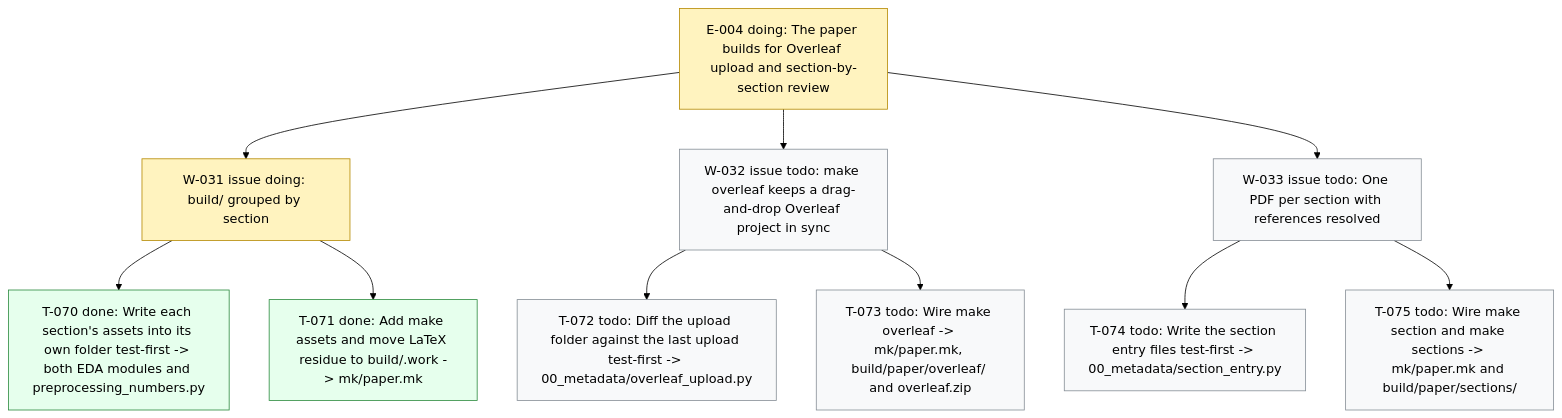
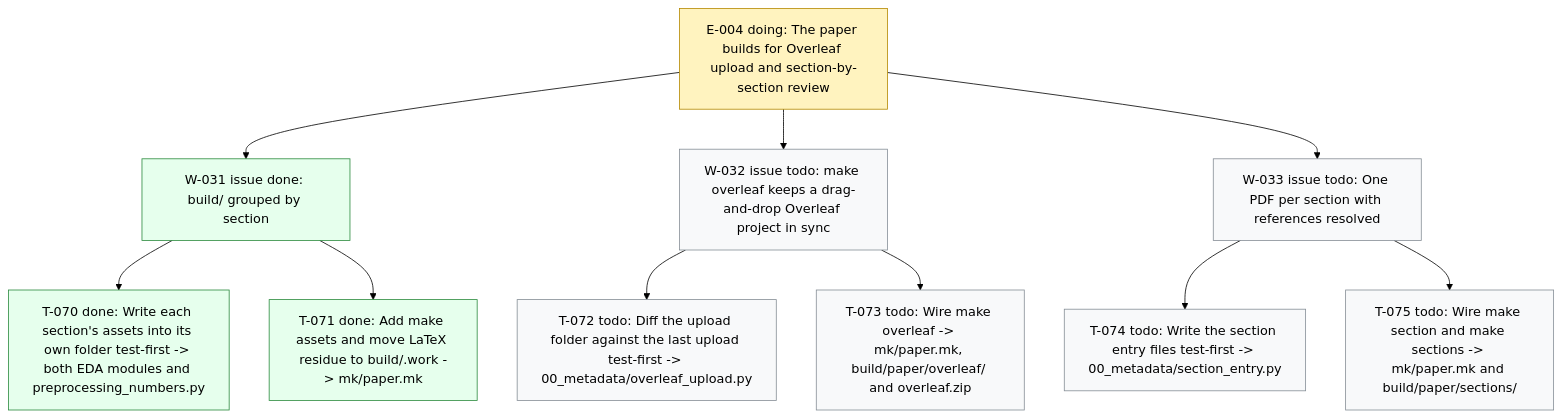
Before and after one commit to dpopchev/surrogate-models: the diagram in .board/BOARD.md, drawn with Mermaid (forest theme). The commit also changed other lines of this file and 1 other file, not shown here.

Commit message:
chore: close W-031 on the board
Refs: W-031

````diff
--- a/.board/BOARD.md
+++ b/.board/BOARD.md
@@ -216,21 +216,21 @@
 ```mermaid
 flowchart TD
   E004["E-004 doing: The paper builds for Overleaf upload and section-by-section review"]
-  E004 --> W031["W-031 issue doing: build/ grouped by section"]
+  E004 --> W031["W-031 issue done: build/ grouped by section"]
   W031 --> T070["T-070 done: Write each section's assets into its own folder test-first -> both EDA modules and preprocessing_numbers.py"]
   W031 --> T071["T-071 done: Add make assets and move LaTeX residue to build/.work -> mk/paper.mk"]
   E004 --> W032["W-032 issue todo: make overleaf keeps a drag-and-drop Overleaf project in sync"]
   W032 --> T072["T-072 todo: Diff the upload folder against the last upload test-first -> 00_metadata/overleaf_upload.py"]
   W032 --> T073["T-073 todo: Wire make overleaf -> mk/paper.mk, build/paper/overleaf/ and overleaf.zip"]
   E004 --> W033["W-033 issue todo: One PDF per section with references resolved"]
   W033 --> T074["T-074 todo: Write the section entry files test-first -> 00_metadata/section_entry.py"]
   W033 --> T075["T-075 todo: Wire make section and make sections -> mk/paper.mk and build/paper/sections/"]
   classDef doing fill:#fff3bf,stroke:#b58900,color:#000;
   classDef blocked fill:#ffe3e3,stroke:#c92a2a,color:#000;
   classDef done fill:#e6ffed,stroke:#2b8a3e,color:#000;
   classDef todo fill:#f8f9fa,stroke:#868e96,color:#000;
   classDef pruned fill:#f1f3f5,stroke:#adb5bd,color:#000;
-  class E004,W031 doing
-  class T070,T071 done
+  class E004 doing
+  class W031,T070,T071 done
   class W032,T072,T073,W033,T074,T075 todo
 ```
````
